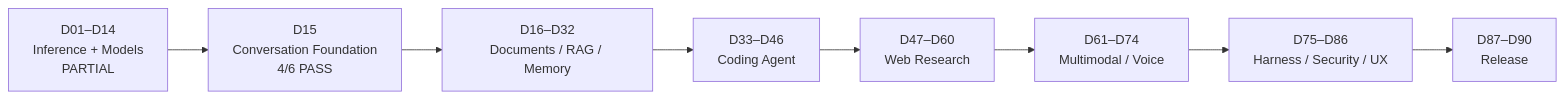
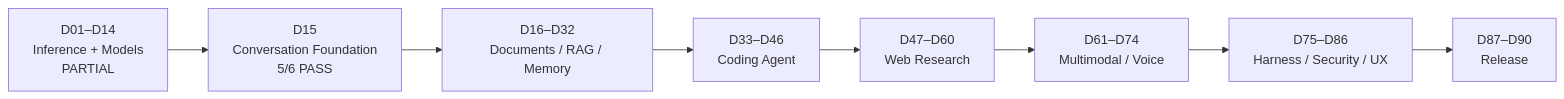
The third of 5 diagrams in docs/LOCAL_ASSISTANT_MASTER_ROADMAP.md (Leiz-Workspace/local-assistant), drawn with Mermaid before and after one commit. The commit also changed other lines of this file and 16 other files, not shown here.

````diff
--- a/docs/LOCAL_ASSISTANT_MASTER_ROADMAP.md
+++ b/docs/LOCAL_ASSISTANT_MASTER_ROADMAP.md
@@ -373,10 +375,10 @@
 ```mermaid
 flowchart LR
-  P1["D01–D14\nInference + Models\nPARTIAL"] --> P2["D15\nConversation Foundation\n4/6 PASS"]
+  P1["D01–D14\nInference + Models\nPARTIAL"] --> P2["D15\nConversation Foundation\n5/6 PASS"]
   P2 --> F["D16–D32\nDocuments / RAG / Memory"]
   F --> C["D33–D46\nCoding Agent"]
   C --> W["D47–D60\nWeb Research"]
   W --> M["D61–D74\nMultimodal / Voice"]
   M --> H["D75–D86\nHarness / Security / UX"]
   H --> R["D87–D90\nRelease"]
 ```
````
